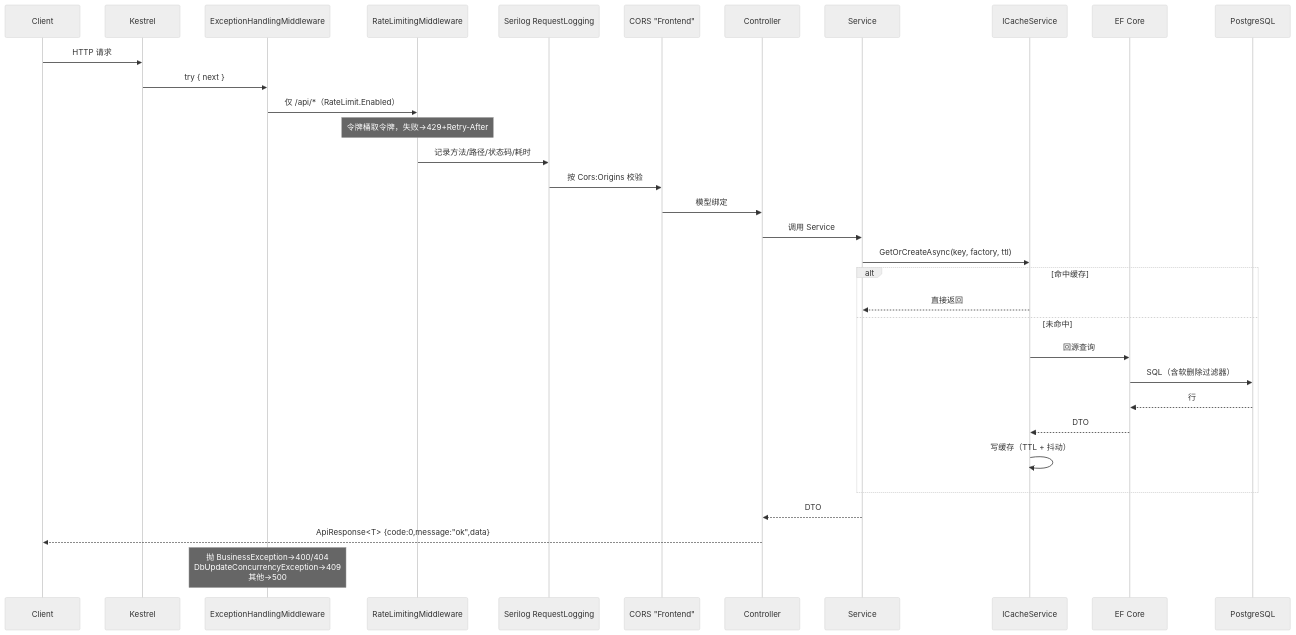
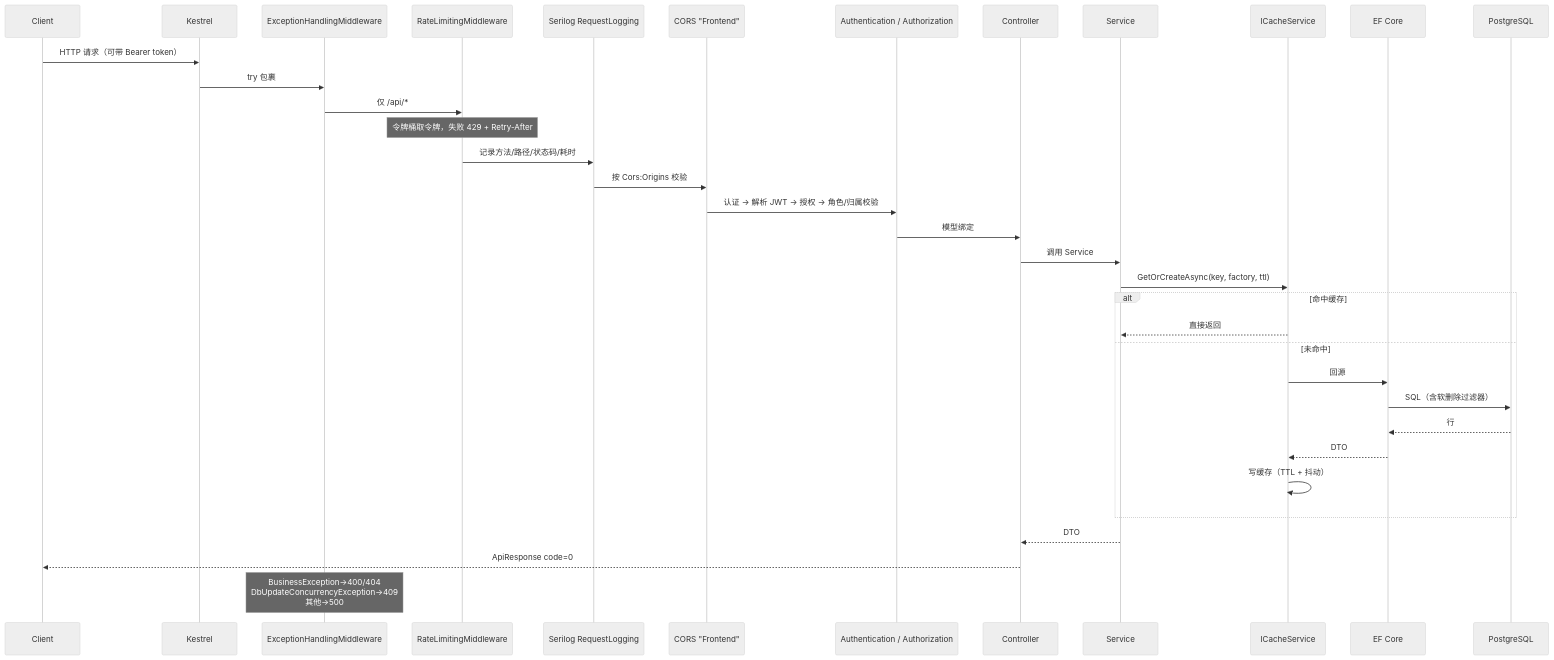
Before and after one commit to whyitsy/blog-CI-CD: the third of 5 diagrams in docs/backend.md, drawn with Mermaid (neutral theme). The commit also changed other lines of this file and 12 other files, not shown here.

````diff
--- a/docs/backend.md
+++ b/docs/backend.md
@@ -161,36 +198,38 @@
 ```mermaid
 sequenceDiagram
   participant C as Client
   participant K as Kestrel
   participant EH as ExceptionHandlingMiddleware
   participant RL as RateLimitingMiddleware
   participant SL as Serilog RequestLogging
   participant CO as CORS "Frontend"
+  participant AU as Authentication / Authorization
   participant CT as Controller
   participant S as Service
   participant CA as ICacheService
   participant EF as EF Core
   participant PG as PostgreSQL
 
-  C->>K: HTTP 请求
-  K->>EH: try { next }
-  EH->>RL: 仅 /api/*（RateLimit.Enabled）
-  Note over RL: 令牌桶取令牌，失败→429+Retry-After
+  C->>K: HTTP 请求（可带 Bearer token）
+  K->>EH: try 包裹
+  EH->>RL: 仅 /api/*
+  Note over RL: 令牌桶取令牌，失败 429 + Retry-After
   RL->>SL: 记录方法/路径/状态码/耗时
   SL->>CO: 按 Cors:Origins 校验
-  CO->>CT: 模型绑定
+  CO->>AU: 认证 → 解析 JWT → 授权 → 角色/归属校验
+  AU->>CT: 模型绑定
   CT->>S: 调用 Service
   S->>CA: GetOrCreateAsync(key, factory, ttl)
   alt 命中缓存
     CA-->>S: 直接返回
   else 未命中
-    CA->>EF: 回源查询
+    CA->>EF: 回源
     EF->>PG: SQL（含软删除过滤器）
     PG-->>EF: 行
     EF-->>CA: DTO
     CA->>CA: 写缓存（TTL + 抖动）
   end
   S-->>CT: DTO
-  CT-->>C: ApiResponse<T> {code:0,message:"ok",data}
-  Note over EH: 抛 BusinessException→400/404<br/>DbUpdateConcurrencyException→409<br/>其他→500
+  CT-->>C: ApiResponse code=0
+  Note over EH: BusinessException→400/404<br/>DbUpdateConcurrencyException→409<br/>其他→500
 ```
````
